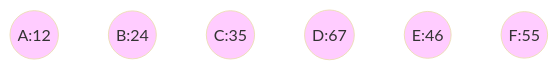
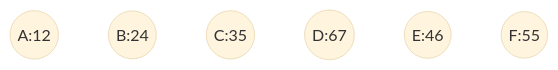
Before and after one commit to dmjcb/dmjcb.github.io: the first of 7 diagrams in _posts/DataStructure/Tree/BinaryTree/2020-01-16-哈夫曼树.md, drawn with Mermaid (base theme). The commit also changed other lines of this file and 78 other files, not shown here.

Commit message:
更新git部分图片;添加工作台图片

````diff
--- a/_posts/DataStructure/Tree/BinaryTree/2020-01-16-哈夫曼树.md
+++ b/_posts/DataStructure/Tree/BinaryTree/2020-01-16-哈夫曼树.md
@@ -17,11 +17,9 @@
 ```mermaid
 graph TB
-    A((A:12)):::Style
-    B((B:24)):::Style
-    C((C:35)):::Style
-    D((D:67)):::Style
-    E((E:46)):::Style
-    F((F:55)):::Style
-
-    classDef Style fill:#FFCCFF
+    A((A:12))
+    B((B:24))
+    C((C:35))
+    D((D:67))
+    E((E:46))
+    F((F:55))
 ```
````
